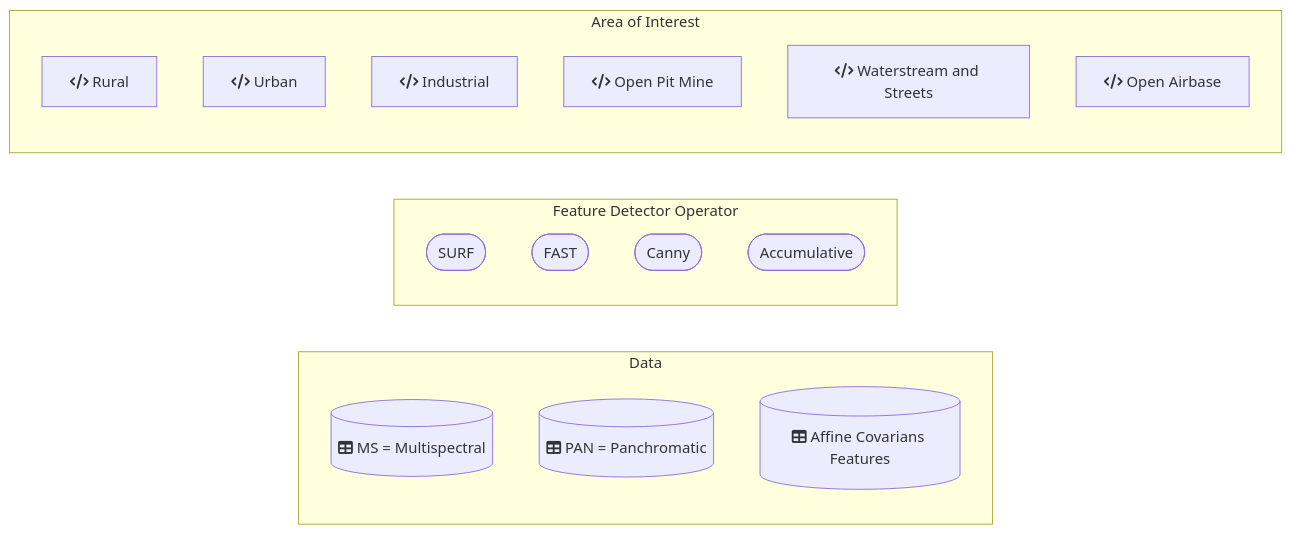
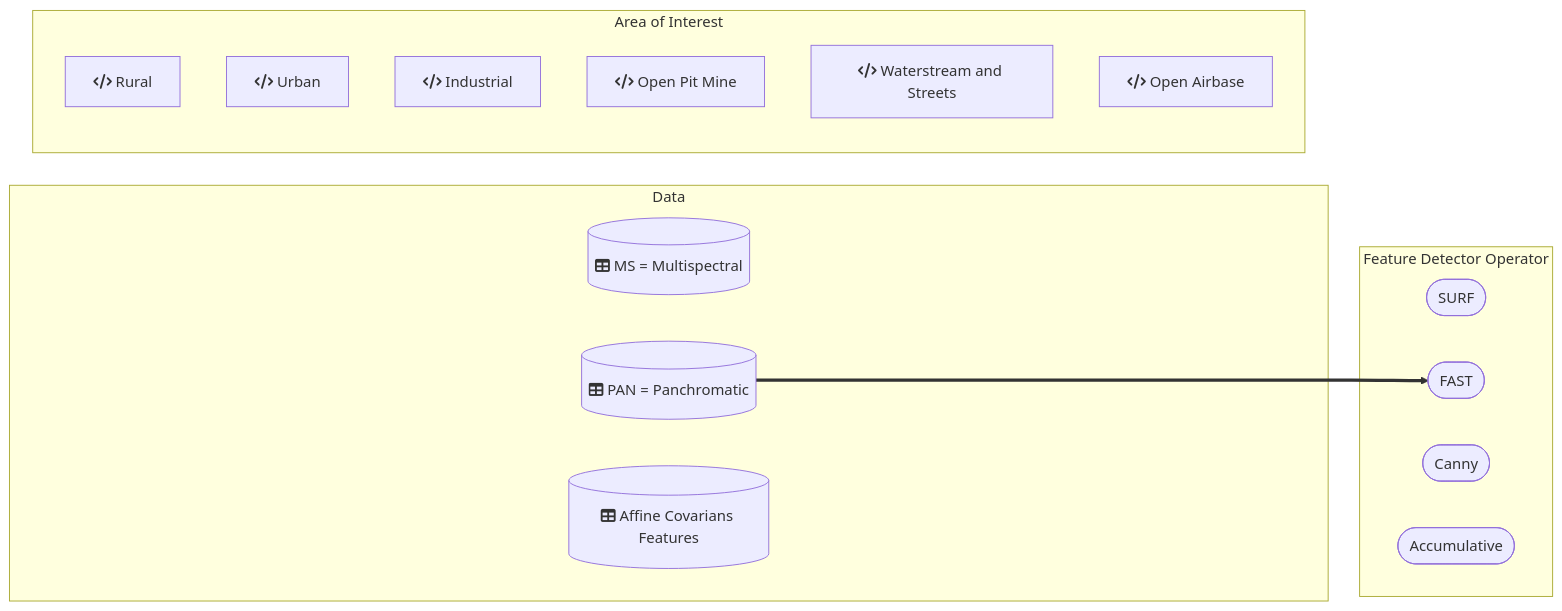
The diagram in Application/README.md (DippoldEJ/Feature-Detection-and-Explanation), drawn with Mermaid before and after one commit.

````diff
--- a/Application/README.md
+++ b/Application/README.md
@@ -13,26 +13,28 @@
 ```mermaid
 flowchart LR;
 
  subgraph Data
         g[(fa:fa-table MS = Multispectral)]
         h[(fa:fa-table PAN = Panchromatic)]
         i[(fa:fa-table Affine Covarians Features)]
     end
 
  subgraph Feature Detector Operator
         j([SURF])
         k([FAST])
         l([Canny])
         m([Accumulative])
     end
 
 subgraph Area of Interest
     a[fa:fa-code Rural]
     b[fa:fa-code Urban]
     c[fa:fa-code Industrial]
     d[fa:fa-code Open Pit Mine]
     e[fa:fa-code Waterstream and Streets]
     f[fa:fa-code Open Airbase]
     end
 
+h==>k
+
 ```
````
